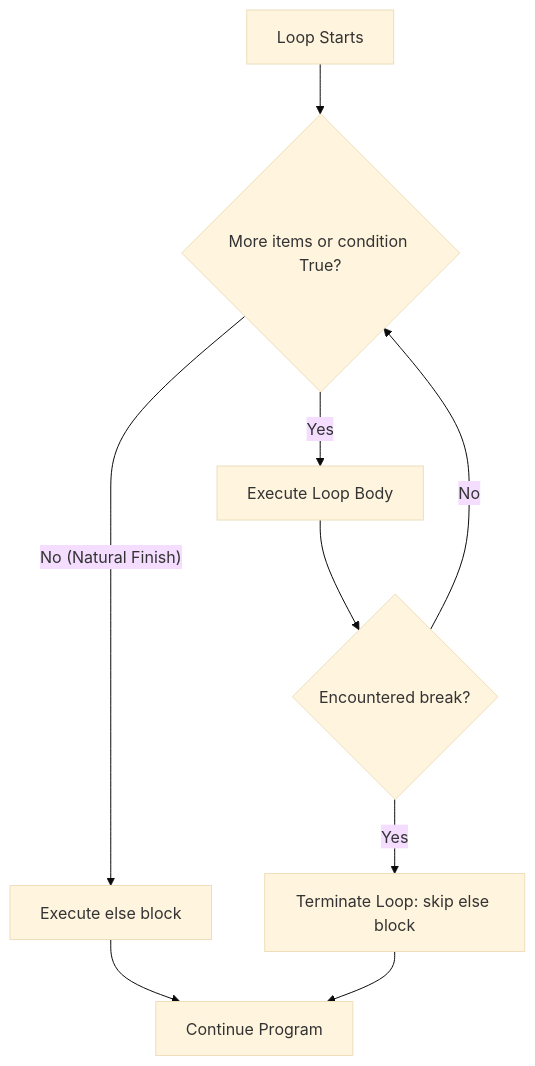
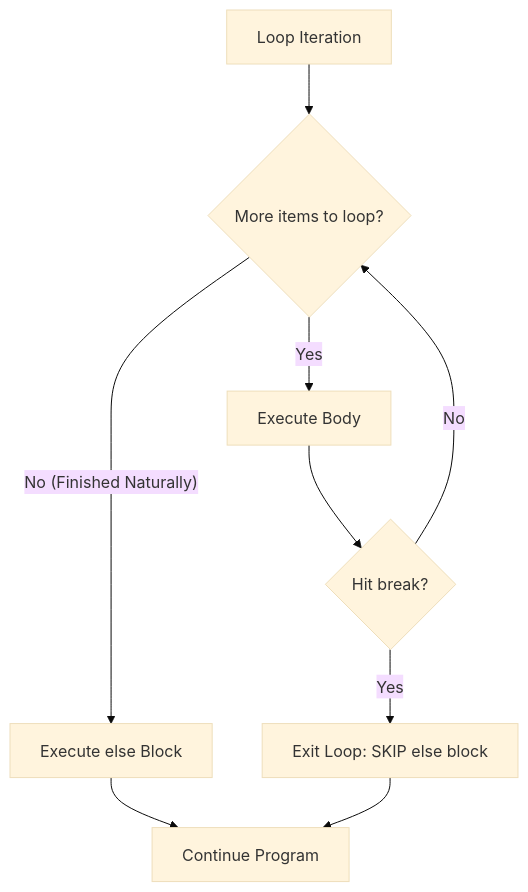
The third of 5 diagrams in NOTES.md (spant671-ux/Learning-Python), drawn with Mermaid (base theme) before and after one commit. The commit also changed other lines of this file, not shown here.

````diff
--- a/NOTES.md
+++ b/NOTES.md
@@ -129,11 +140,11 @@
 ```mermaid
 graph TD
-    Start["Loop Starts"] --> Condition{"More items or condition True?"}
-    Condition -- "Yes" --> Body["Execute Loop Body"]
-    Body --> BreakCheck{"Encountered break?"}
-    BreakCheck -- "Yes" --> BreakExit["Terminate Loop: skip else block"]
-    BreakCheck -- "No" --> Condition
-    Condition -- "No (Natural Finish)" --> ElseBlock["Execute else block"]
-    ElseBlock --> End["Continue Program"]
-    BreakExit --> End
+    Start["Loop Iteration"] --> Check{"More items to loop?"}
+    Check -- "Yes" --> Body["Execute Body"]
+    Body --> BreakTest{"Hit break?"}
+    BreakTest -- "Yes" --> Exit["Exit Loop: SKIP else block"]
+    BreakTest -- "No" --> Check
+    Check -- "No (Finished Naturally)" --> ElseBlock["Execute else Block"]
+    ElseBlock --> Done["Continue Program"]
+    Exit --> Done
 ```
````
